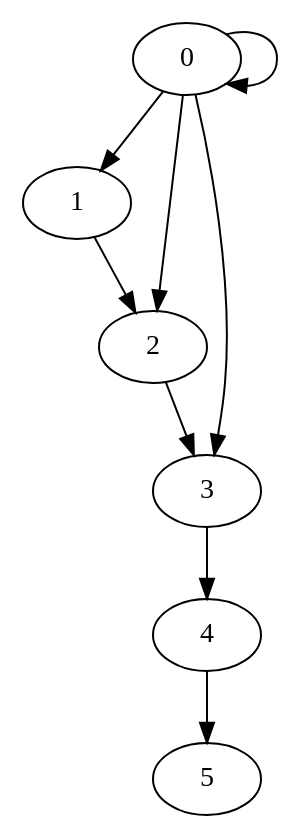
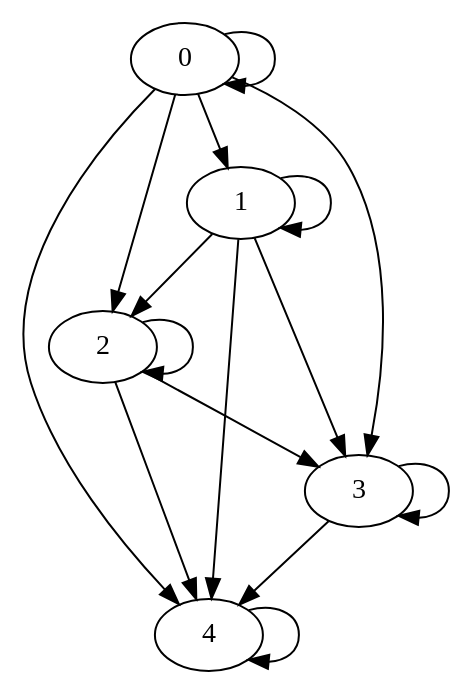
The diagram in src/instructor/lectures/lecture_25/lecture_24_template.dot (kevinsullivan/cs2120f22), drawn with Graphviz before and after one commit. The commit also changed 4 other files, not shown here.

```diff
--- a/src/instructor/lectures/lecture_25/lecture_24_template.dot
+++ b/src/instructor/lectures/lecture_25/lecture_24_template.dot
@@ -1,23 +1,29 @@
 digraph G {
     n0 [label="0"]
     n1 [label="1"]
     n2 [label="2"]
     n3 [label="3"]
     n4 [label="4"]
-    n5 [label="5"]
+
 
     n0 -> n1
     n1 -> n2
     n2 -> n3
     n3 -> n4
-    n4 -> n5
+
 
     # reflexive
     n0 -> n0
+    n1 -> n1
+    n2 -> n2
+    n3 -> n3
+    n4 -> n4
 
     # transitive
     n0 -> n2
     n0 -> n3
-
-
+    n0 -> n4
+    n1 -> n3
+    n1 -> n4
+    n2 -> n4
 }
```
